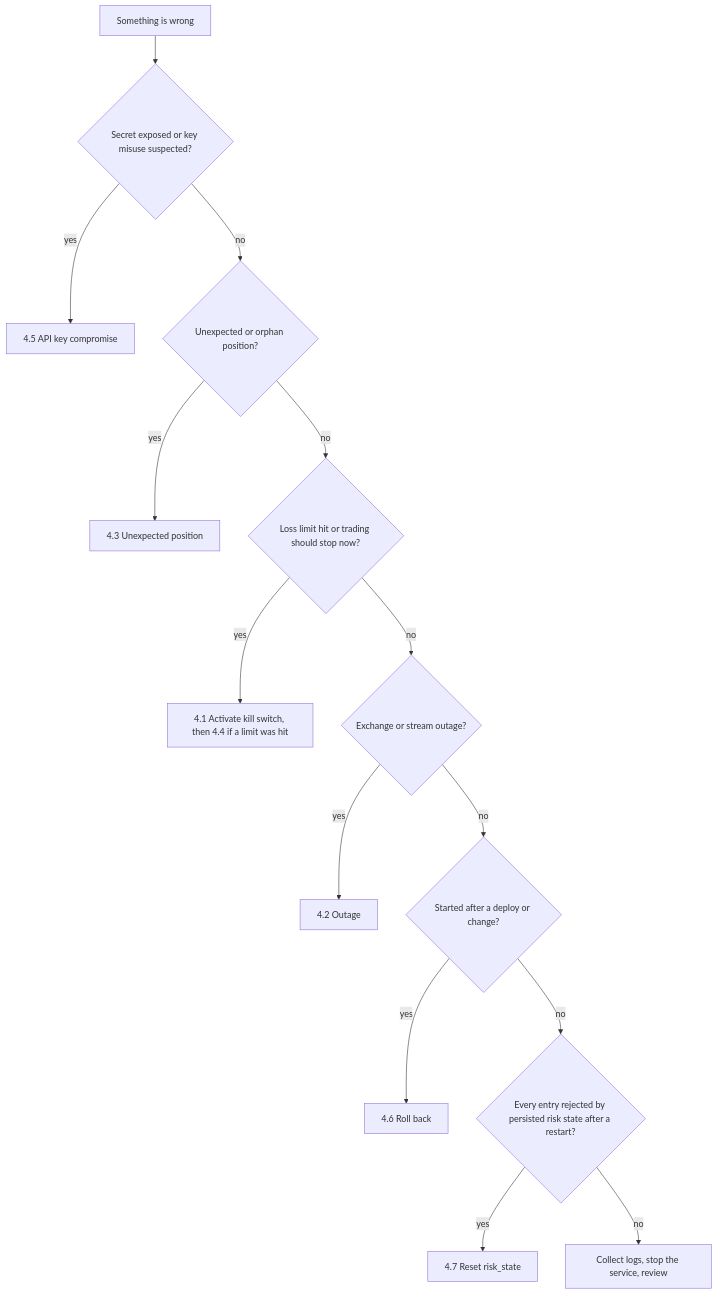
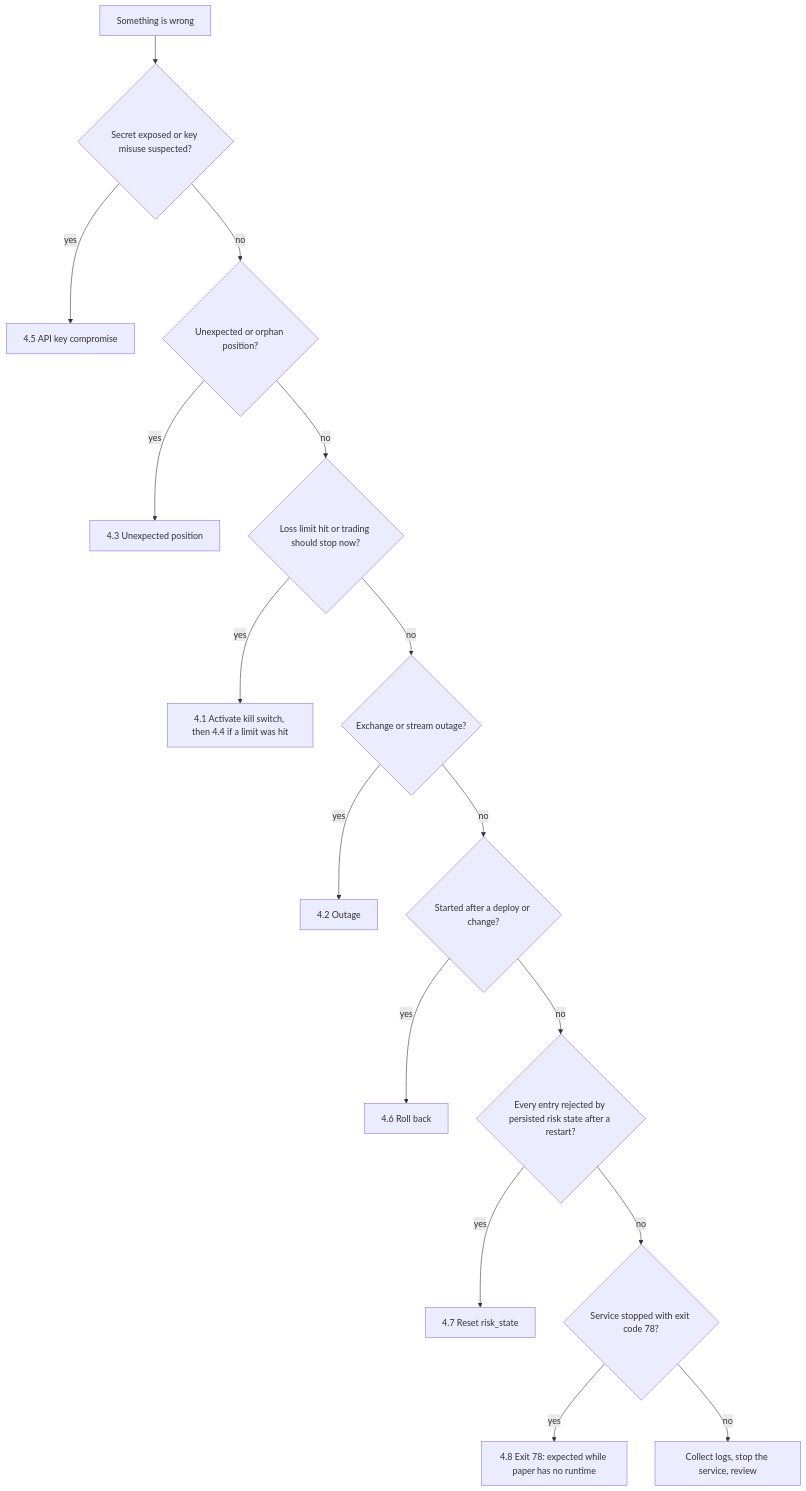
One commit to ceezey/SILVR changed the diagram in docs/ops-silverbot.md. Above: the diagram before and after it, drawn with Mermaid. The commit also changed other lines of this file and 26 other files, not shown here.

````diff
--- a/docs/ops-silverbot.md
+++ b/docs/ops-silverbot.md
@@ -119,16 +122,18 @@
 ```mermaid
 flowchart TD
     A["Something is wrong"] --> B{"Secret exposed or key misuse suspected?"}
     B -- "yes" --> C["4.5 API key compromise"]
     B -- "no" --> D{"Unexpected or orphan position?"}
     D -- "yes" --> E["4.3 Unexpected position"]
     D -- "no" --> F{"Loss limit hit or trading should stop now?"}
     F -- "yes" --> G["4.1 Activate kill switch, then 4.4 if a limit was hit"]
     F -- "no" --> H{"Exchange or stream outage?"}
     H -- "yes" --> I["4.2 Outage"]
     H -- "no" --> J{"Started after a deploy or change?"}
     J -- "yes" --> K["4.6 Roll back"]
     J -- "no" --> M{"Every entry rejected by persisted risk state after a restart?"}
     M -- "yes" --> N["4.7 Reset risk_state"]
-    M -- "no" --> L["Collect logs, stop the service, review"]
+    M -- "no" --> O{"Service stopped with exit code 78?"}
+    O -- "yes" --> P["4.8 Exit 78: expected while paper has no runtime"]
+    O -- "no" --> L["Collect logs, stop the service, review"]
 ```
````
